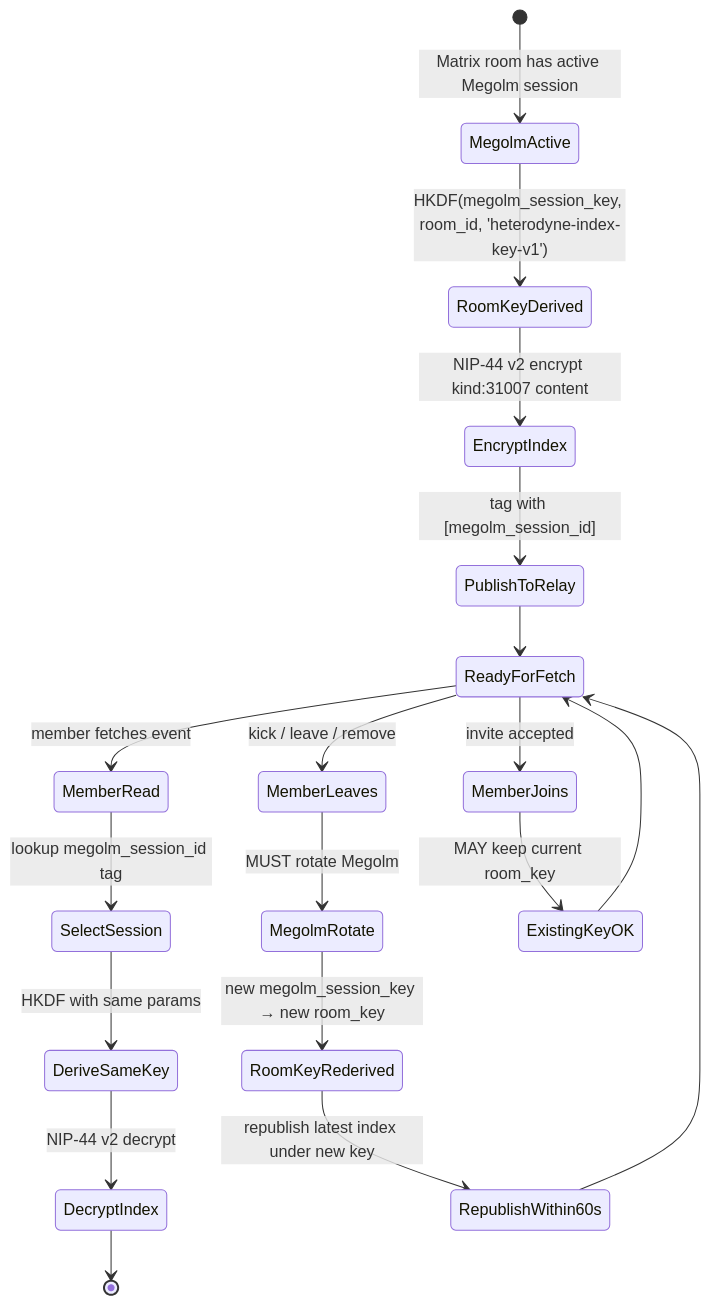
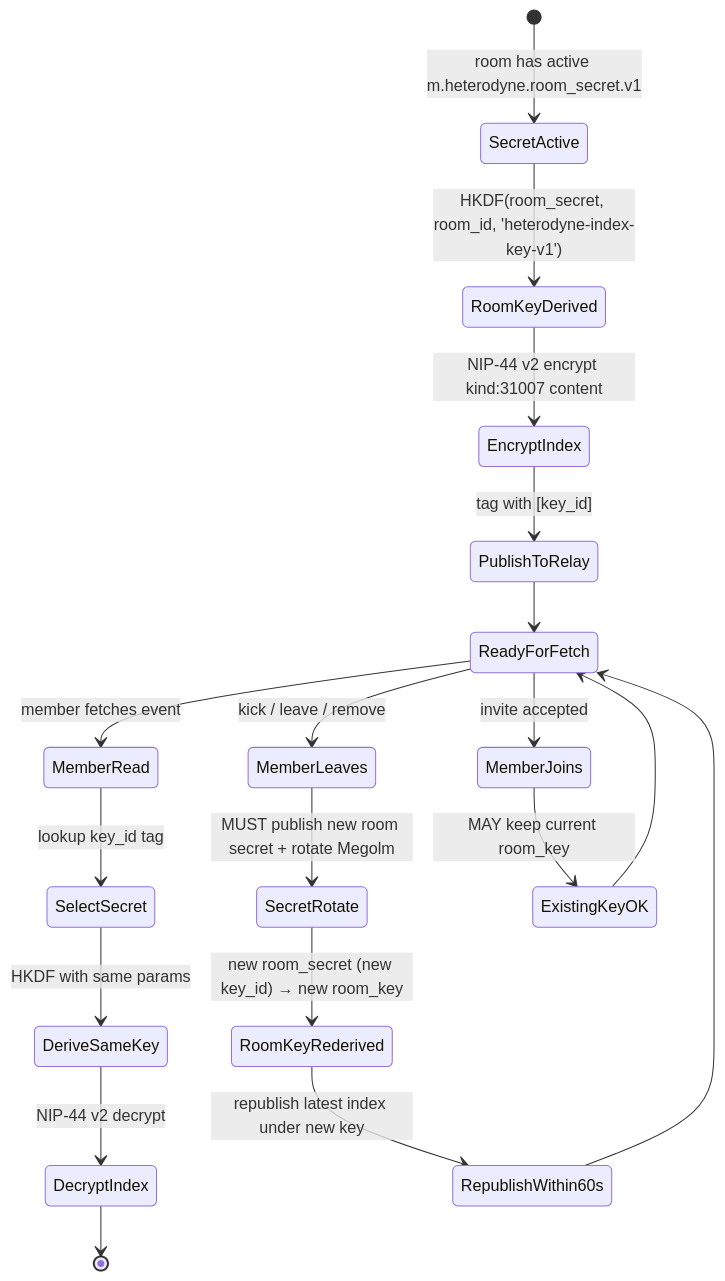
Before and after one commit to HeterodyneNetwork/HeterodyneProtocol: the diagram in docs/adr/2026-05-21-005-private-feed-index-room-key-wrap.md, drawn with Mermaid. The commit also changed other lines of this file and 3 other files, not shown here.

````diff
--- a/docs/adr/2026-05-21-005-private-feed-index-room-key-wrap.md
+++ b/docs/adr/2026-05-21-005-private-feed-index-room-key-wrap.md
@@ -106,21 +123,21 @@
 ```mermaid
 stateDiagram-v2
-    [*] --> MegolmActive: Matrix room has active Megolm session
-    MegolmActive --> RoomKeyDerived: HKDF(megolm_session_key, room_id, 'heterodyne-index-key-v1')
+    [*] --> SecretActive: room has active m.heterodyne.room_secret.v1
+    SecretActive --> RoomKeyDerived: HKDF(room_secret, room_id, 'heterodyne-index-key-v1')
     RoomKeyDerived --> EncryptIndex: NIP-44 v2 encrypt kind:31007 content
-    EncryptIndex --> PublishToRelay: tag with [megolm_session_id]
+    EncryptIndex --> PublishToRelay: tag with [key_id]
     PublishToRelay --> ReadyForFetch
     ReadyForFetch --> MemberRead: member fetches event
-    MemberRead --> SelectSession: lookup megolm_session_id tag
-    SelectSession --> DeriveSameKey: HKDF with same params
+    MemberRead --> SelectSecret: lookup key_id tag
+    SelectSecret --> DeriveSameKey: HKDF with same params
     DeriveSameKey --> DecryptIndex: NIP-44 v2 decrypt
     DecryptIndex --> [*]
     ReadyForFetch --> MemberLeaves: kick / leave / remove
-    MemberLeaves --> MegolmRotate: MUST rotate Megolm
-    MegolmRotate --> RoomKeyRederived: new megolm_session_key → new room_key
+    MemberLeaves --> SecretRotate: MUST publish new room secret + rotate Megolm
+    SecretRotate --> RoomKeyRederived: new room_secret (new key_id) → new room_key
     RoomKeyRederived --> RepublishWithin60s: republish latest index under new key
     RepublishWithin60s --> ReadyForFetch
     ReadyForFetch --> MemberJoins: invite accepted
     MemberJoins --> ExistingKeyOK: MAY keep current room_key
     ExistingKeyOK --> ReadyForFetch
 ```
````
